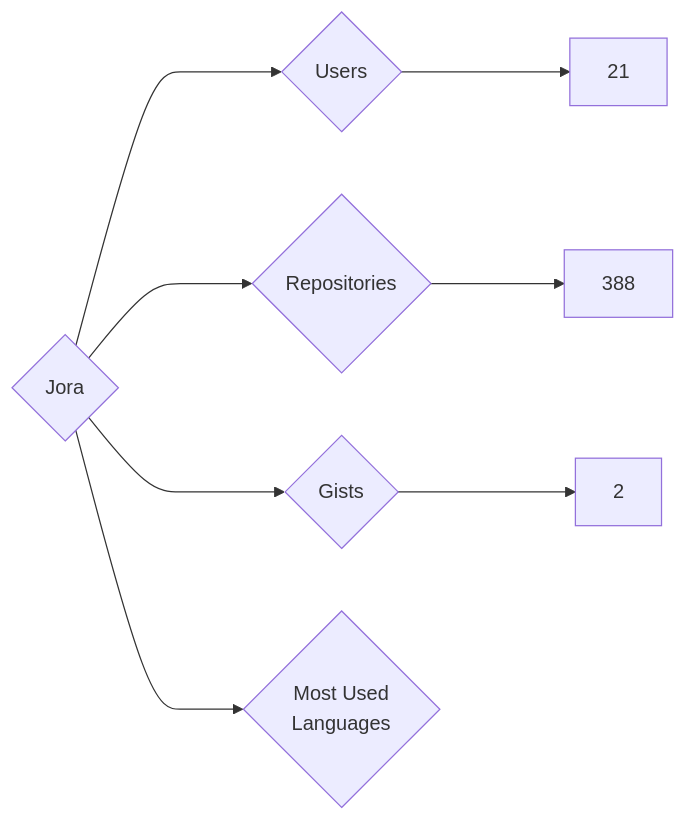
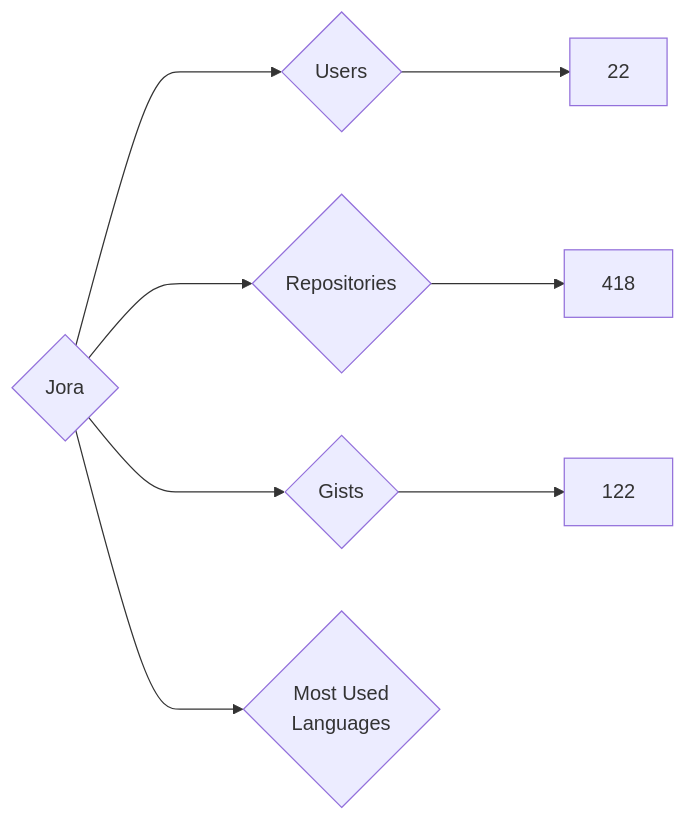
Before and after one commit to nenadzaric/insiders: the diagram in targets/Jora/README.md, drawn with Mermaid. The commit also changed 1342 other files, not shown here.

````diff
--- a/targets/Jora/README.md
+++ b/targets/Jora/README.md
@@ -3,8 +3,8 @@
 ```mermaid
 graph LR
 COMPANY_NAME{Jora}
-COMPANY_NAME ---> U{Users} ---> UN[21]
-COMPANY_NAME ---> R{Repositories} ---> RN[388]
-COMPANY_NAME ---> G{Gists} ---> GN[2]
+COMPANY_NAME ---> U{Users} ---> UN[22]
+COMPANY_NAME ---> R{Repositories} ---> RN[418]
+COMPANY_NAME ---> G{Gists} ---> GN[122]
 COMPANY_NAME ---> ML{Most Used<br>Languages}
 ```
````
